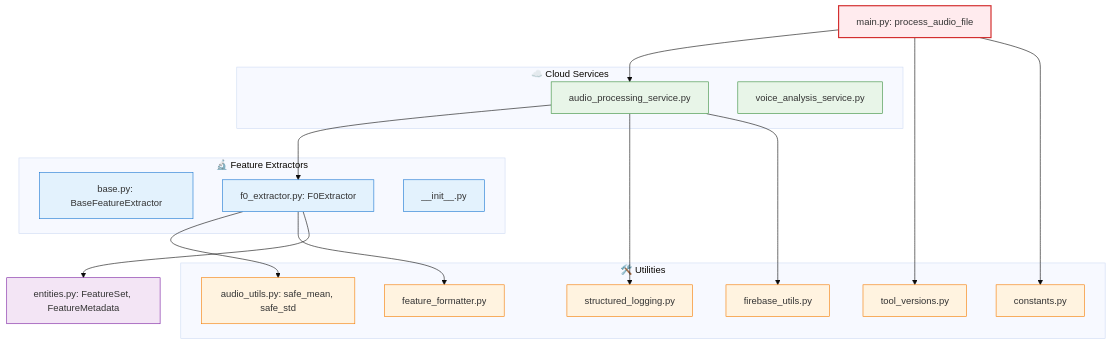
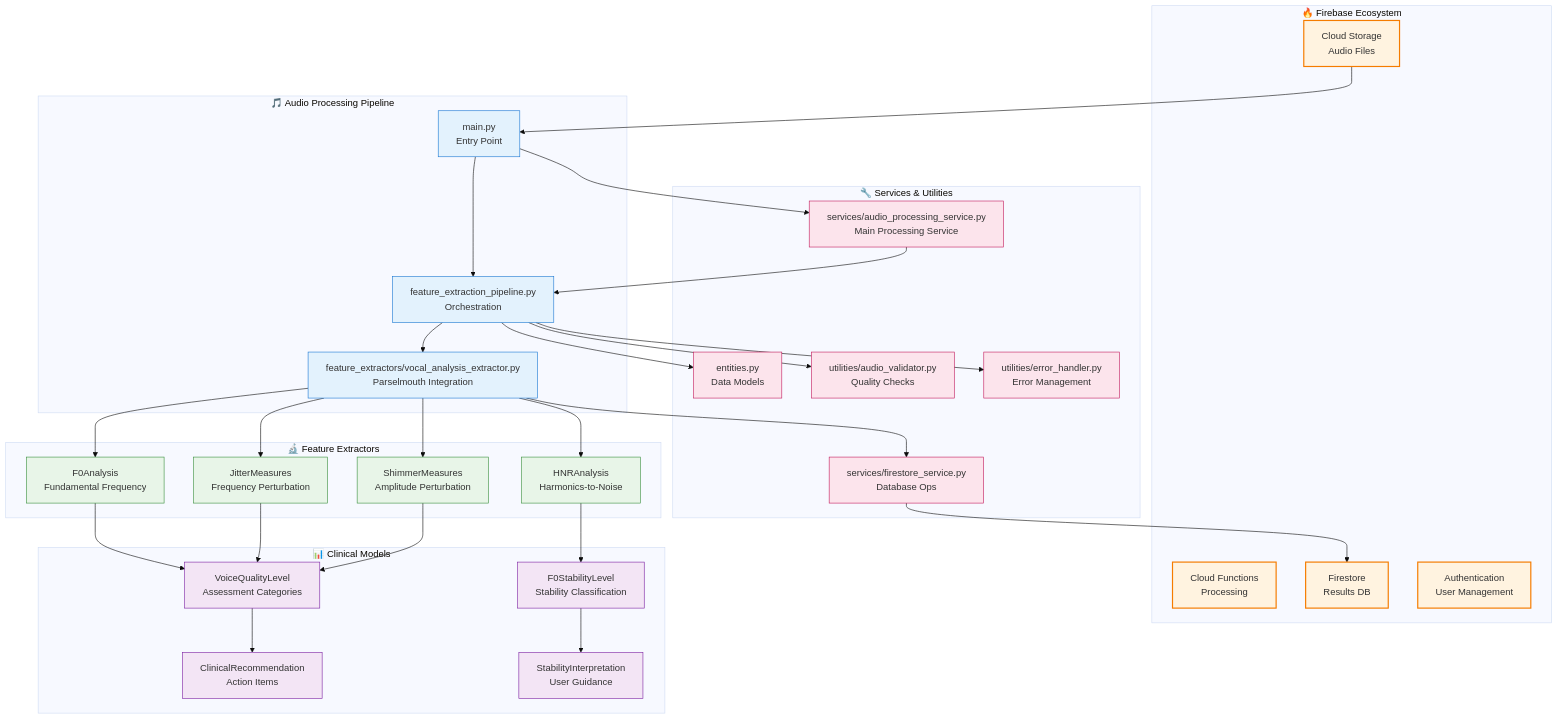
Before and after one commit to PoisonIvory/sage: the fourth of 12 diagrams in ARCHITECTURE.md, drawn with Mermaid (base theme). The commit also changed other lines of this file, not shown here.

Commit message:
Update ARCHITECTURE.md with comprehensive system overview and improvement roadmap

````diff
--- a/ARCHITECTURE.md
+++ b/ARCHITECTURE.md
@@ -108,54 +172,70 @@
 ```mermaid
 graph TD
-    %% Entry Point
-    A[main.py: process_audio_file]
-
-    %% Services Layer
-    subgraph CloudServices ["☁️ Cloud Services"]
-        B1[audio_processing_service.py]
-        B2[voice_analysis_service.py]
+    subgraph "🔥 Firebase Ecosystem"
+        A1[Cloud Storage<br/>Audio Files]
+        A2[Cloud Functions<br/>Processing]
+        A3[Firestore<br/>Results DB]
+        A4[Authentication<br/>User Management]
     end
-
-    %% Feature Extractors
-    subgraph FeatureExtractors ["🔬 Feature Extractors"]
-        C1[base.py: BaseFeatureExtractor]
-        C2[f0_extractor.py: F0Extractor]
-        C3[__init__.py]
+    
+    subgraph "🎵 Audio Processing Pipeline"
+        B1[main.py<br/>Entry Point]
+        B2[feature_extraction_pipeline.py<br/>Orchestration]
+        B3[feature_extractors/vocal_analysis_extractor.py<br/>Parselmouth Integration]
     end
-
-    %% Utilities
-    subgraph Utilities ["🛠️ Utilities"]
-        D1[audio_utils.py: safe_mean, safe_std]
-        D2[feature_formatter.py]
-        D3[structured_logging.py]
-        D4[firebase_utils.py]
-        D5[tool_versions.py]
-        D6[constants.py]
+    
+    subgraph "🔬 Feature Extractors"
+        C1[F0Analysis<br/>Fundamental Frequency]
+        C2[JitterMeasures<br/>Frequency Perturbation]
+        C3[ShimmerMeasures<br/>Amplitude Perturbation]
+        C4[HNRAnalysis<br/>Harmonics-to-Noise]
     end
-
-    %% Entities
-    E[entities.py: FeatureSet, FeatureMetadata]
-
-    %% Data Flow
-    A --> B1
-    B1 --> C2
+    
+    subgraph "📊 Clinical Models"
+        D1[VoiceQualityLevel<br/>Assessment Categories]
+        D2[F0StabilityLevel<br/>Stability Classification]
+        D3[ClinicalRecommendation<br/>Action Items]
+        D4[StabilityInterpretation<br/>User Guidance]
+    end
+    
+    subgraph "🔧 Services & Utilities"
+        E1[entities.py<br/>Data Models]
+        E2[utilities/audio_validator.py<br/>Quality Checks]
+        E3[utilities/error_handler.py<br/>Error Management]
+        E4[services/firestore_service.py<br/>Database Ops]
+        E5[services/audio_processing_service.py<br/>Main Processing Service]
+    end
+    
+    A1 --> B1
+    B1 --> B2
+    B2 --> B3
+    B3 --> C1
+    B3 --> C2
+    B3 --> C3
+    B3 --> C4
+    C1 --> D1
     C2 --> D1
-    C2 --> D2
-    B1 --> D3
-    B1 --> D4
-    A --> D5
-    A --> D6
-    C2 --> E
-
-    classDef entry fill:#ffebee,stroke:#d32f2f,stroke-width:2px
-    classDef service fill:#e8f5e8,stroke:#388e3c,stroke-width:1px
-    classDef extractor fill:#e3f2fd,stroke:#1976d2,stroke-width:1px
-    classDef utility fill:#fff3e0,stroke:#f57c00,stroke-width:1px
-    classDef entity fill:#f3e5f5,stroke:#7b1fa2,stroke-width:1px
-
-    class A entry
-    class B1,B2 service
-    class C1,C2,C3 extractor
-    class D1,D2,D3,D4,D5,D6 utility
-    class E entity
+    C3 --> D1
+    C4 --> D2
+    D1 --> D3
+    D2 --> D4
+    B1 --> E5
+    E5 --> B2
+    B2 --> E1
+    B2 --> E2
+    B2 --> E3
+    B3 --> E4
+    E4 --> A3
+    
+    classDef firebase fill:#fff3e0,stroke:#f57c00,stroke-width:2px
+    classDef pipeline fill:#e3f2fd,stroke:#1976d2,stroke-width:1px
+    classDef extractor fill:#e8f5e8,stroke:#388e3c,stroke-width:1px
+    classDef clinical fill:#f3e5f5,stroke:#7b1fa2,stroke-width:1px
+    classDef service fill:#fce4ec,stroke:#c2185b,stroke-width:1px
+    
+    class A1,A2,A3,A4 firebase
+    class B1,B2,B3 pipeline
+    class C1,C2,C3,C4 extractor
+    class D1,D2,D3,D4 clinical
+    class E1,E2,E3,E4,E5 service
 ```
````
